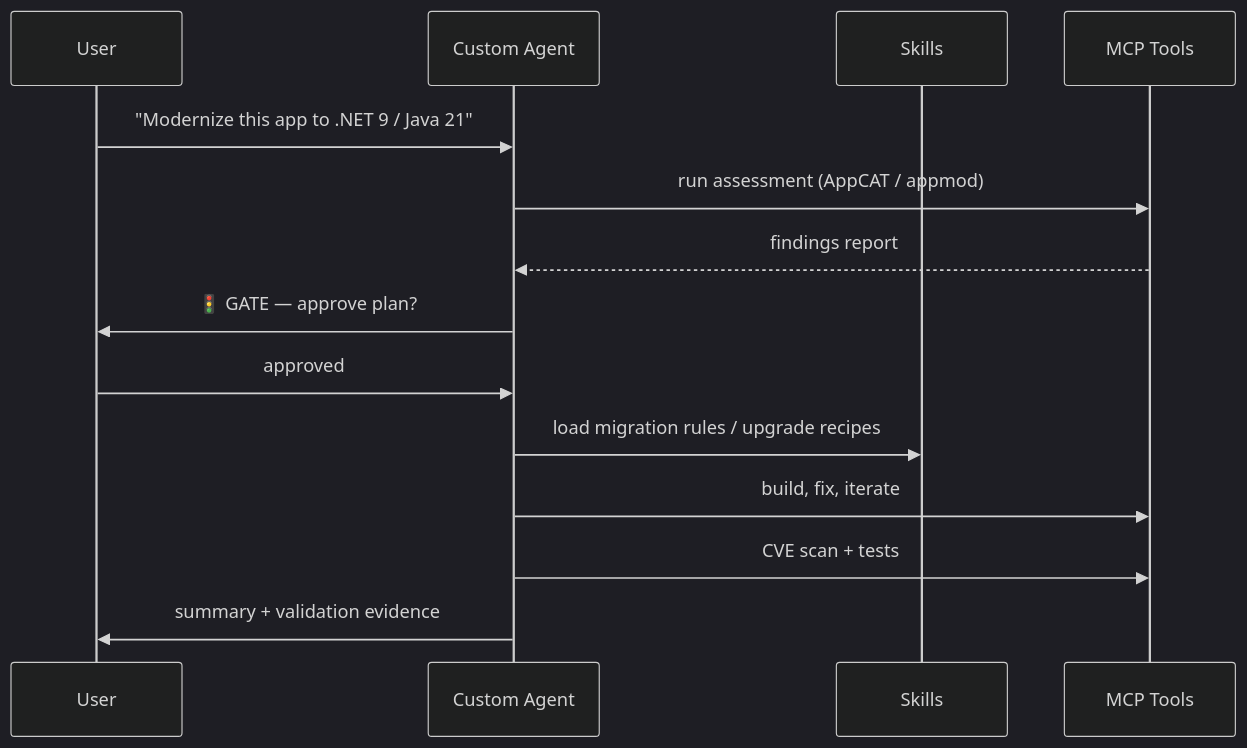
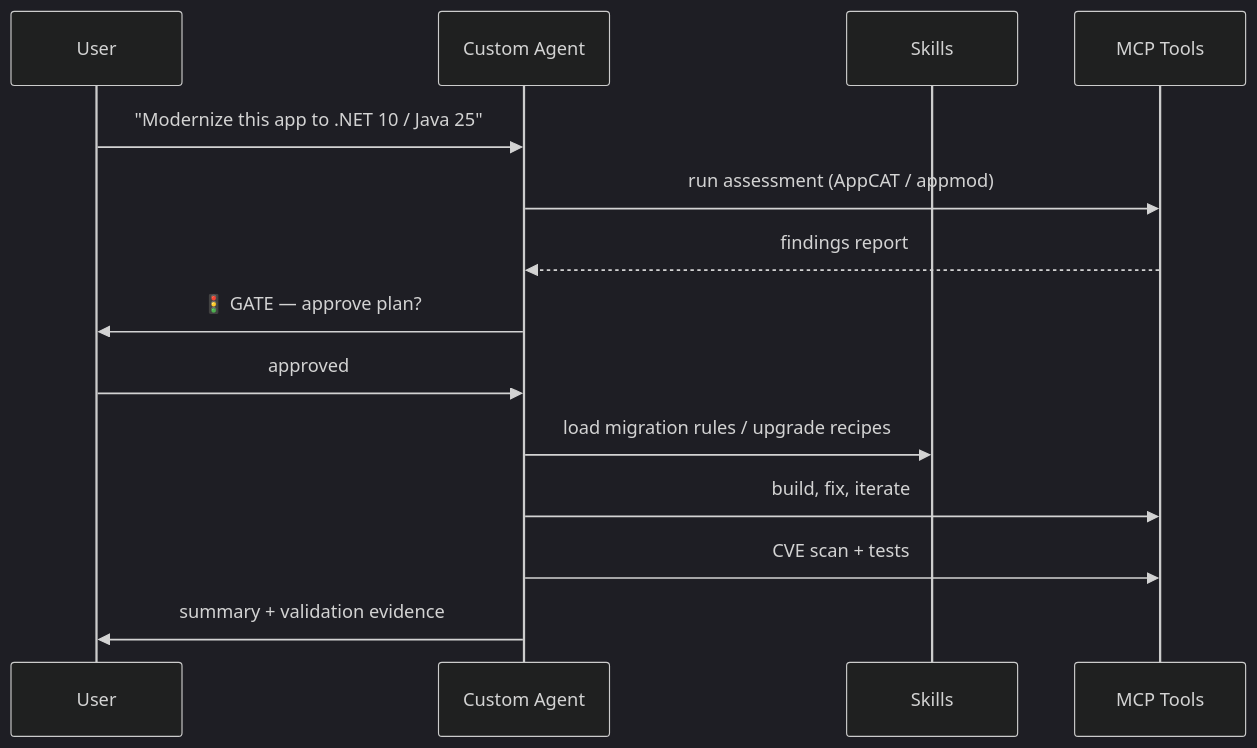
Before and after one commit to microsoft/MicroHack: the second of 2 diagrams in 03-Azure/01-01-App Innovation/03_GHCPAppModernization/docs/00-fundamentals.md, drawn with Mermaid (dark theme). The commit also changed other lines of this file and 39 other files, not shown here.

````diff
--- a/03-Azure/01-01-App Innovation/03_GHCPAppModernization/docs/00-fundamentals.md
+++ b/03-Azure/01-01-App Innovation/03_GHCPAppModernization/docs/00-fundamentals.md
@@ -129,17 +144,17 @@
 ```mermaid
 sequenceDiagram
     participant User
     participant Agent as Custom Agent
     participant Skill as Skills
     participant MCP as MCP Tools
 
-    User->>Agent: "Modernize this app to .NET 9 / Java 21"
+    User->>Agent: "Modernize this app to .NET 10 / Java 25"
     Agent->>MCP: run assessment (AppCAT / appmod)
     MCP-->>Agent: findings report
     Agent->>User: 🚦 GATE — approve plan?
     User->>Agent: approved
     Agent->>Skill: load migration rules / upgrade recipes
     Agent->>MCP: build, fix, iterate
     Agent->>MCP: CVE scan + tests
     Agent->>User: summary + validation evidence
 ```
````
